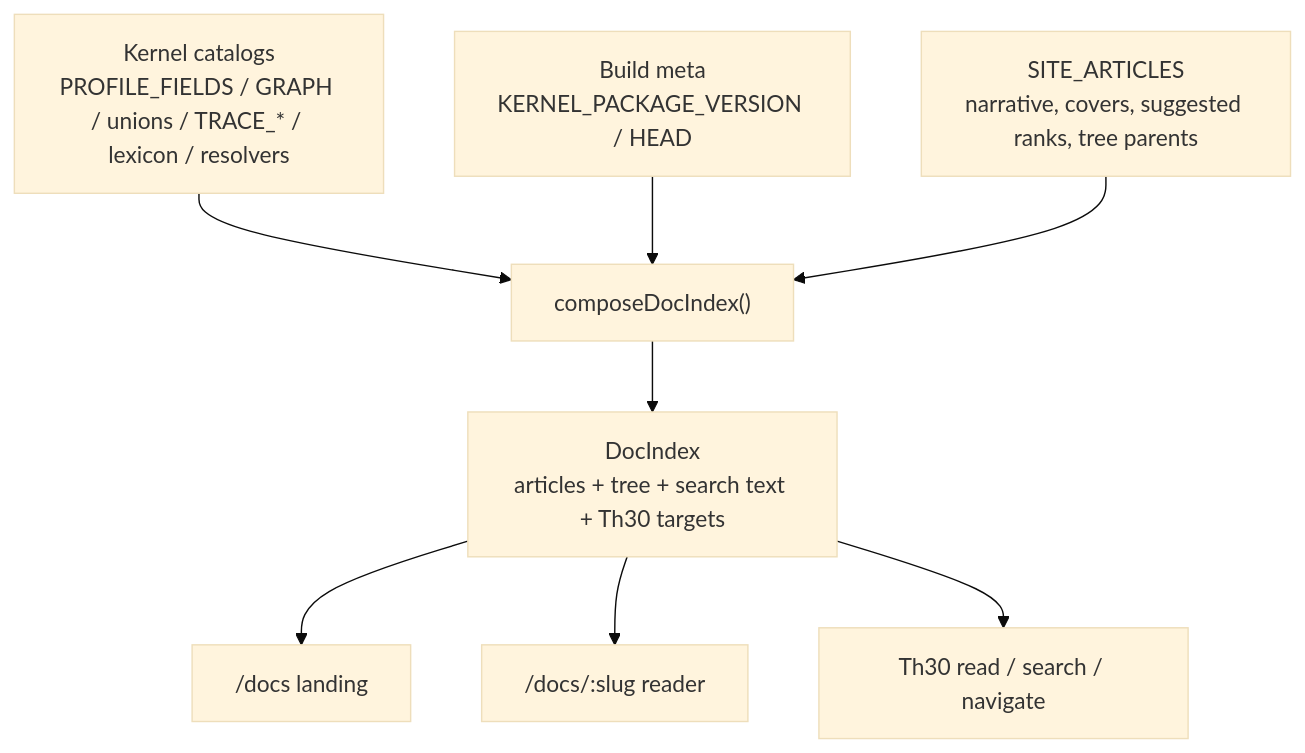
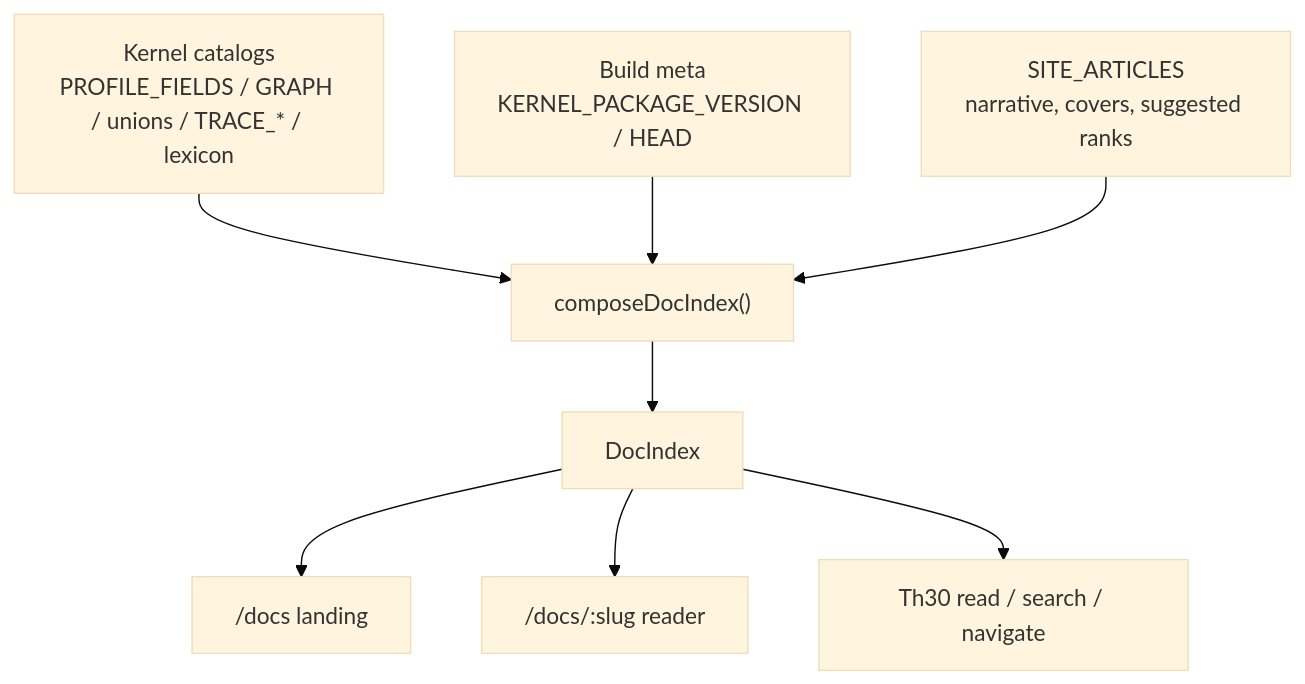
The diagram in docs/SITE_SCHEMA.md (masudl-hub/theoremai-frontend), drawn with Mermaid (base theme) before and after one commit. The commit also changed other lines of this file and 39 other files, not shown here.

````diff
--- a/docs/SITE_SCHEMA.md
+++ b/docs/SITE_SCHEMA.md
@@ -15,19 +7,19 @@
 ```mermaid
 flowchart TD
-  kernel["Kernel catalogs\nPROFILE_FIELDS / GRAPH / unions / TRACE_* / lexicon / resolvers"]
+  kernel["Kernel catalogs\nPROFILE_FIELDS / GRAPH / unions / TRACE_* / lexicon"]
   meta["Build meta\nKERNEL_PACKAGE_VERSION / HEAD"]
-  authored["SITE_ARTICLES\nnarrative, covers, suggested ranks, tree parents"]
+  authored["SITE_ARTICLES\nnarrative, covers, suggested ranks"]
   compose["composeDocIndex()"]
-  index["DocIndex\narticles + tree + search text + Th30 targets"]
+  index["DocIndex"]
   landing["/docs landing"]
   reader["/docs/:slug reader"]
   th30["Th30 read / search / navigate"]
 
   kernel --> compose
   meta --> compose
   authored --> compose
   compose --> index
   index --> landing
   index --> reader
   index --> th30
 ```
````
